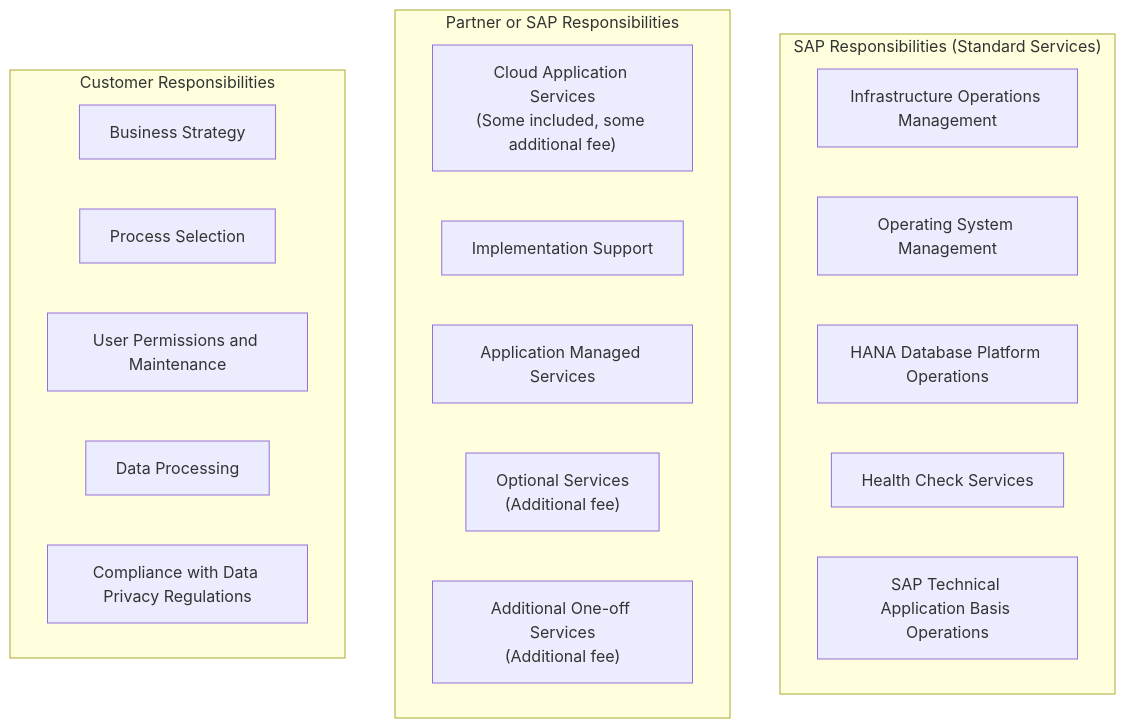
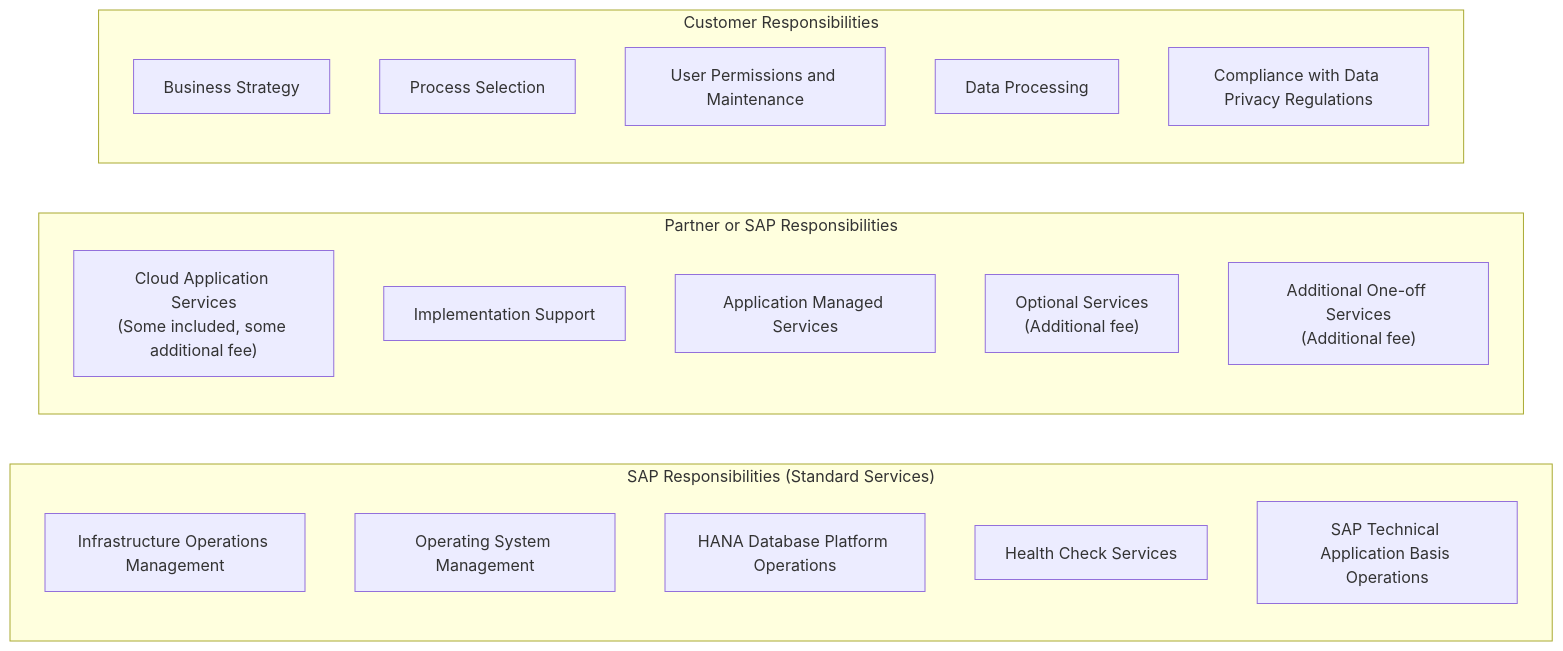
One commit to sapflashcards/S4CPE changed the diagram in service-responsibilities.md. Above: the diagram before and after it, drawn with Mermaid.

````diff
--- a/service-responsibilities.md
+++ b/service-responsibilities.md
@@ -1,26 +1,26 @@
 ```mermaid
-graph TD
+graph LR
     subgraph "SAP Responsibilities (Standard Services)"
         InfraOps["Infrastructure Operations Management"]
         OSMgmt["Operating System Management"]
         HANAOps["HANA Database Platform Operations"]
         HealthCheck["Health Check Services"]
         TechOps["SAP Technical Application Basis Operations"]
     end
     
     subgraph "Partner or SAP Responsibilities"
         CloudApp["Cloud Application Services\n(Some included, some additional fee)"]
         ImplServ["Implementation Support"]
         AppMgmt["Application Managed Services"]
         Optional["Optional Services\n(Additional fee)"]
         OneOff["Additional One-off Services\n(Additional fee)"]
     end
     
     subgraph "Customer Responsibilities"
         BizStrategy["Business Strategy"]
         ProcessSelection["Process Selection"]
         UserPerms["User Permissions and Maintenance"]
         DataProc["Data Processing"]
         Compliance["Compliance with Data Privacy Regulations"]
     end
 ```
````
